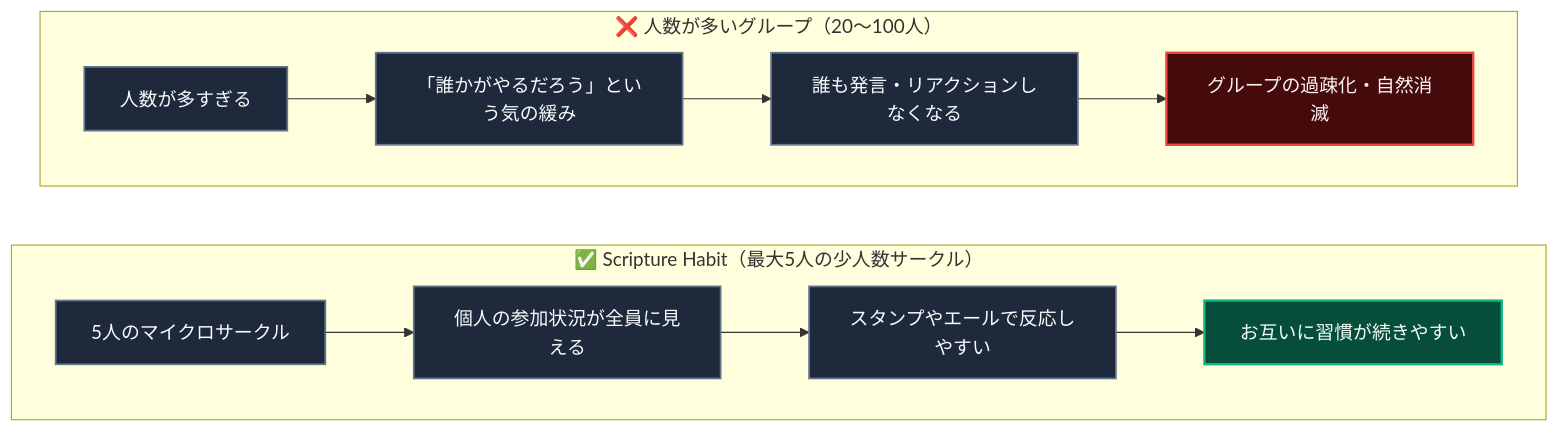
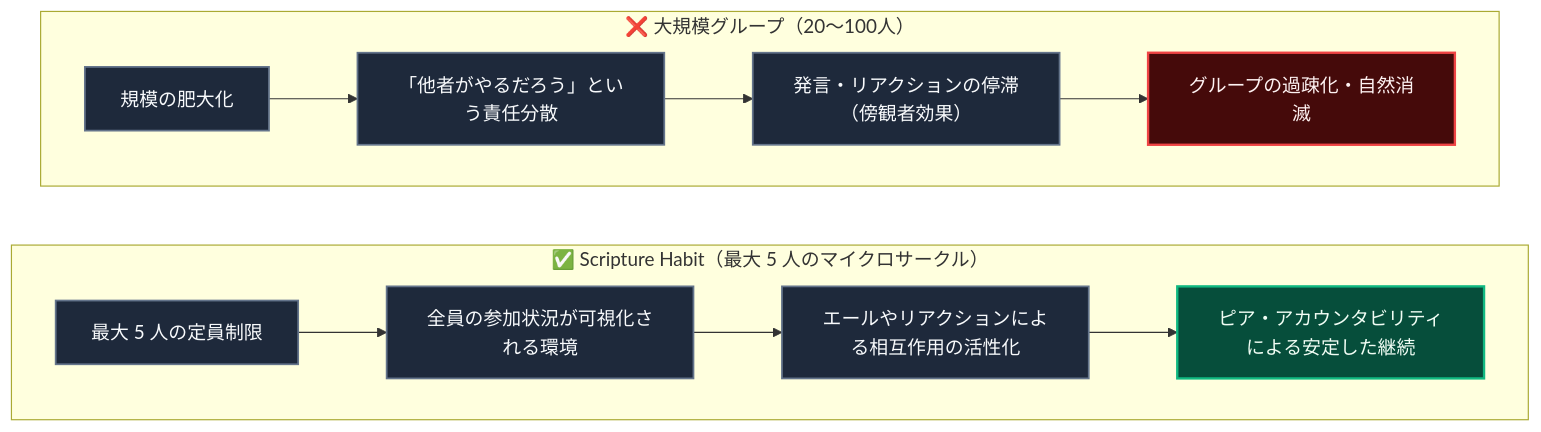
The first of 2 diagrams in docs/ja/ux-small-groups-and-peer-accountability.md (ScriptureHabit/scripture-habit), drawn with Mermaid before and after one commit. The commit also changed other lines of this file and 57 other files, not shown here.

Commit message:
docs: refine documentation prose and add structured diagram breakdowns across JA and EN

````diff
--- a/docs/ja/ux-small-groups-and-peer-accountability.md
+++ b/docs/ja/ux-small-groups-and-peer-accountability.md
@@ -15,20 +15,20 @@
 ```mermaid
 flowchart TD
     classDef good fill:#064e3b,stroke:#10b981,stroke-width:2px,color:#f0fdf4;
     classDef bad fill:#450a0a,stroke:#ef4444,stroke-width:2px,color:#fef2f2;
     classDef step fill:#1e293b,stroke:#64748b,stroke-width:1.5px,color:#f8fafc;
 
-    subgraph SG_Large["❌ 人数が多いグループ（20〜100人）"]
-        A1["人数が多すぎる"]:::step --> B1["「誰かがやるだろう」という気の緩み"]:::step
-        B1 --> C1["誰も発言・リアクションしなくなる"]:::step
+    subgraph SG_Large["❌ 大規模グループ（20〜100人）"]
+        A1["規模の肥大化"]:::step --> B1["「他者がやるだろう」という責任分散"]:::step
+        B1 --> C1["発言・リアクションの停滞（傍観者効果）"]:::step
         C1 --> D1["グループの過疎化・自然消滅"]:::bad
     end
 
-    subgraph SG_Habit["✅ Scripture Habit（最大5人の少人数サークル）"]
-        A2["5人のマイクロサークル"]:::step --> B2["個人の参加状況が全員に見える"]:::step
-        B2 --> C2["スタンプやエールで反応しやすい"]:::step
-        C2 --> D2["お互いに習慣が続きやすい"]:::good
+    subgraph SG_Habit["✅ Scripture Habit（最大 5 人のマイクロサークル）"]
+        A2["最大 5 人の定員制限"]:::step --> B2["全員の参加状況が可視化される環境"]:::step
+        B2 --> C2["エールやリアクションによる相互作用の活性化"]:::step
+        C2 --> D2["ピア・アカウンタビリティによる安定した継続"]:::good
     end
 
     SG_Large ~~~ SG_Habit
 ```
````
